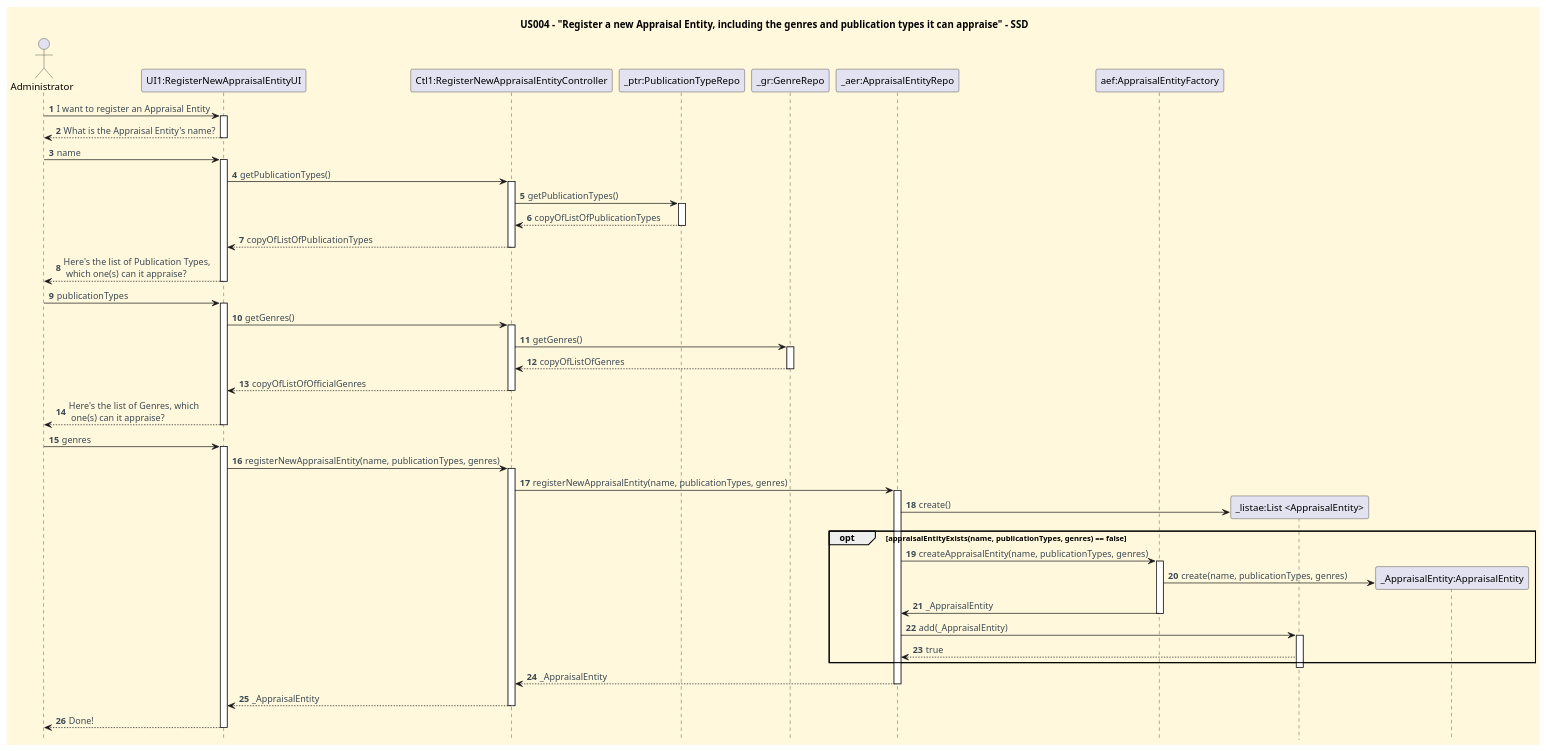
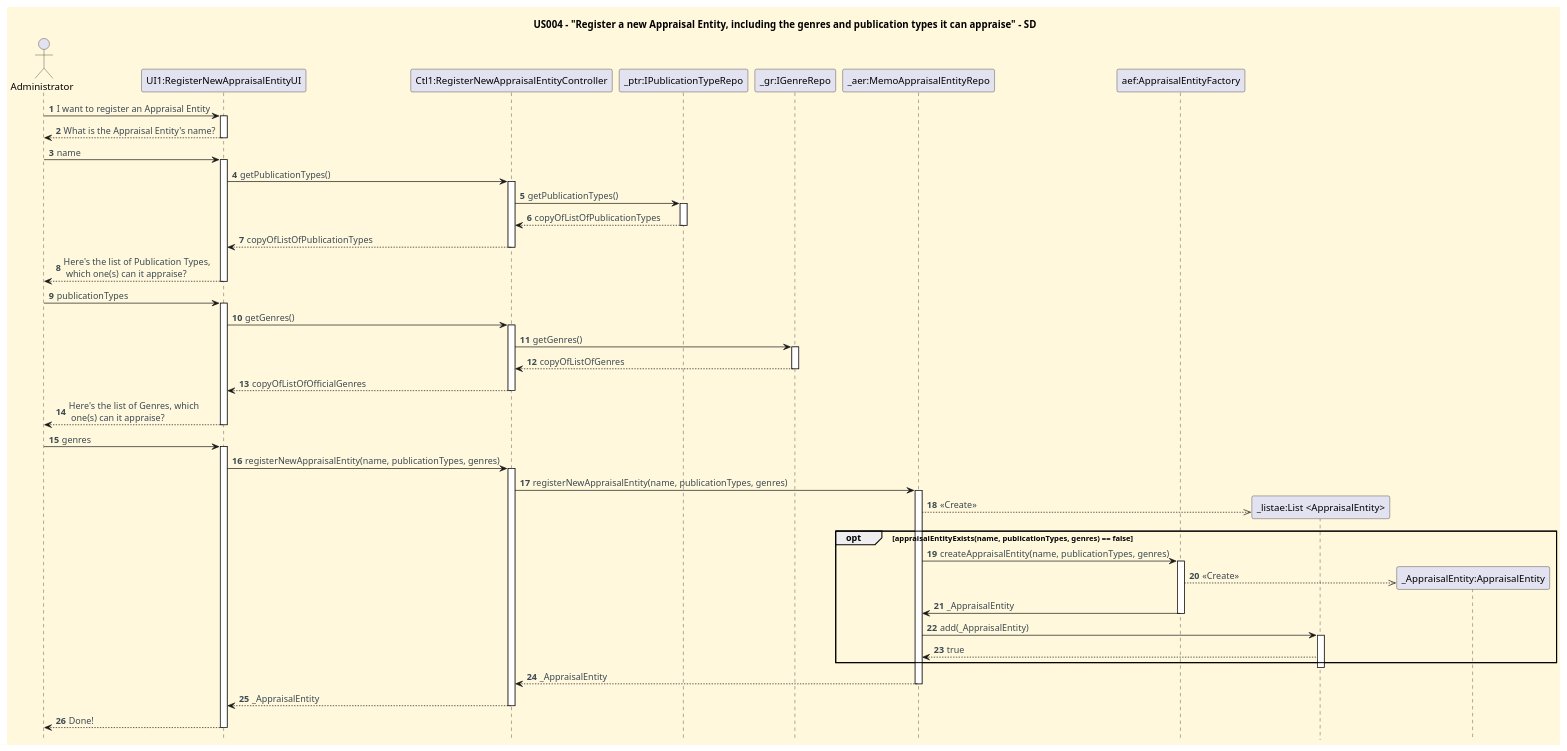
One commit to CarolinaLeite-collab/JavaMarketplacePlatform changed the diagram in docs/userStories/US004/US004_register_new_appraisal_entity_SD.puml. Above: the diagram before and after it, drawn with PlantUML. The commit also changed 1 other file, not shown here.

```diff
--- a/docs/userStories/US004/US004_register_new_appraisal_entity_SD.puml
+++ b/docs/userStories/US004/US004_register_new_appraisal_entity_SD.puml
@@ -1,89 +1,89 @@
 @startuml
-title US004 - "Register a new Appraisal Entity, including the genres and publication types it can appraise" - SSD
+title US004 - "Register a new Appraisal Entity, including the genres and publication types it can appraise" - SD
 hidefootbox
 
 '==== basic style ====
 skinparam monochrome false
 skinparam shadowing false
 skinparam defaultFontName Futura
 skinparam objectFontSize 20
 skinparam backgroundColor CornSilk
 skinparam objectBackgroundColor WhiteSmoke
 skinparam noteBackgroundColor #FFFFE0
 skinparam ArrowFontColor #3B4953
 skinparam ActivationBackgroundColor black
 
 autonumber
 
 
 actor Administrator
 participant "UI1:RegisterNewAppraisalEntityUI" as UI
 participant "Ctl1:RegisterNewAppraisalEntityController" as ctl
-participant "_ptr:PublicationTypeRepo" as ptr
-participant "_gr:GenreRepo" as grRepo
-participant "_aer:AppraisalEntityRepo" as aeRepo
+participant "_ptr:IPublicationTypeRepo" as ptr
+participant "_gr:IGenreRepo" as grRepo
+participant "_aer:MemoAppraisalEntityRepo" as aeRepo
 participant "aef:AppraisalEntityFactory" as aeFactory
 
 Administrator -> UI: I want to register an Appraisal Entity
 activate UI
 UI --> Administrator: What is the Appraisal Entity's name?
 deactivate UI
 Administrator -> UI: name
 activate UI
 UI -> ctl: getPublicationTypes()
 activate ctl
 ctl -> ptr: getPublicationTypes()
 activate ptr
 ptr --> ctl: copyOfListOfPublicationTypes
 deactivate ptr
 ctl --> UI: copyOfListOfPublicationTypes
 deactivate ctl
 
 UI --> Administrator: Here's the list of Publication Types, \n which one(s) can it appraise?
 deactivate UI
 
 Administrator -> UI: publicationTypes
 activate UI
 UI -> ctl: getGenres()
 activate ctl
 ctl -> grRepo: getGenres()
 activate grRepo
 grRepo --> ctl: copyOfListOfGenres
 deactivate grRepo
 ctl --> UI: copyOfListOfOfficialGenres
 deactivate ctl
 UI --> Administrator: Here's the list of Genres, which \n one(s) can it appraise?
 deactivate UI
 
 Administrator -> UI: genres
 activate UI
 UI -> ctl: registerNewAppraisalEntity(name, publicationTypes, genres)
 activate ctl
 ctl -> aeRepo: registerNewAppraisalEntity(name, publicationTypes, genres)
 activate aeRepo
 create "_listae:List <AppraisalEntity>"
-aeRepo -> "_listae:List <AppraisalEntity>": create()
+aeRepo -->> "_listae:List <AppraisalEntity>": <<Create>>
 
 opt appraisalEntityExists(name, publicationTypes, genres) == false
         aeRepo -> aeFactory: createAppraisalEntity(name, publicationTypes, genres)
         create "_AppraisalEntity:AppraisalEntity"
         activate aeFactory
-        aeFactory -> "_AppraisalEntity:AppraisalEntity": create(name, publicationTypes, genres)
+        aeFactory -->> "_AppraisalEntity:AppraisalEntity": <<Create>>
         aeFactory -> aeRepo: _AppraisalEntity
         deactivate aeFactory
         aeRepo -> "_listae:List <AppraisalEntity>":add(_AppraisalEntity)
         activate "_listae:List <AppraisalEntity>"
         "_listae:List <AppraisalEntity>" --> aeRepo: true
     end
 
 deactivate "_listae:List <AppraisalEntity>"
 aeRepo --> ctl: _AppraisalEntity
 deactivate aeRepo
 ctl --> UI: _AppraisalEntity
 deactivate ctl
 UI --> Administrator: Done!
 deactivate UI
 
 
 
 @enduml
```
